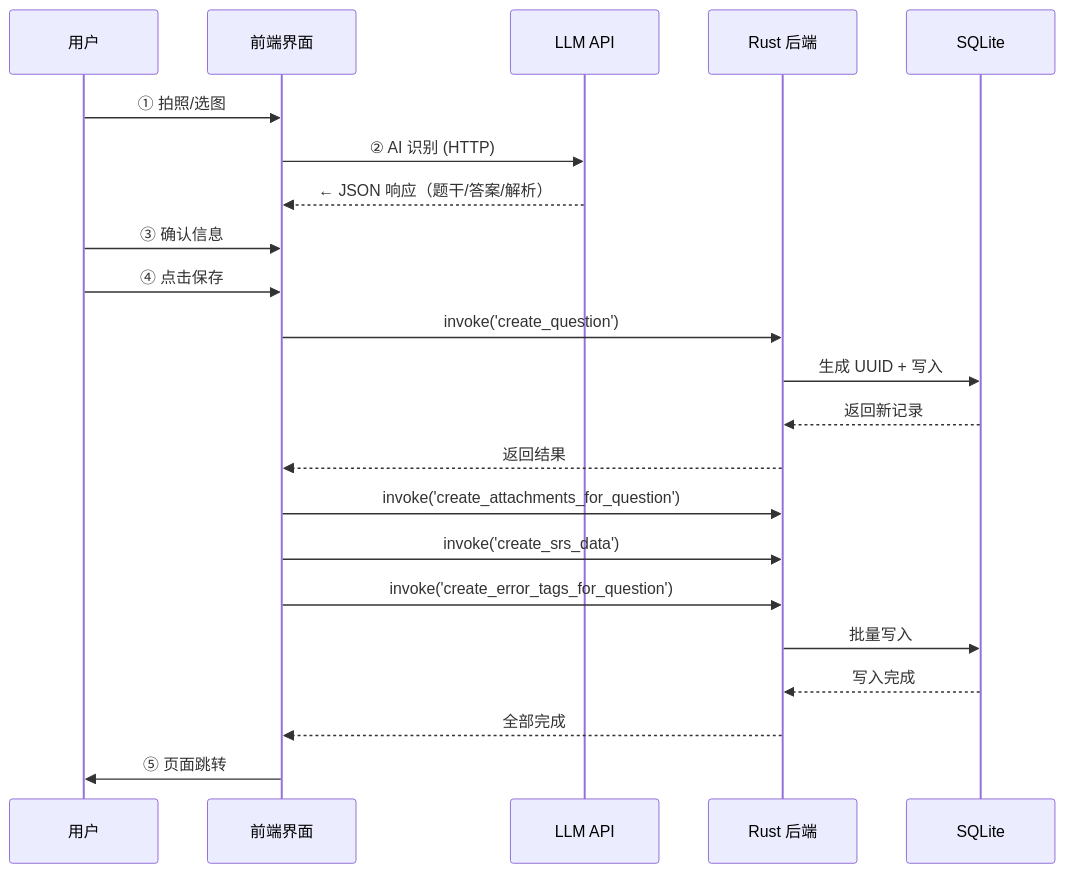
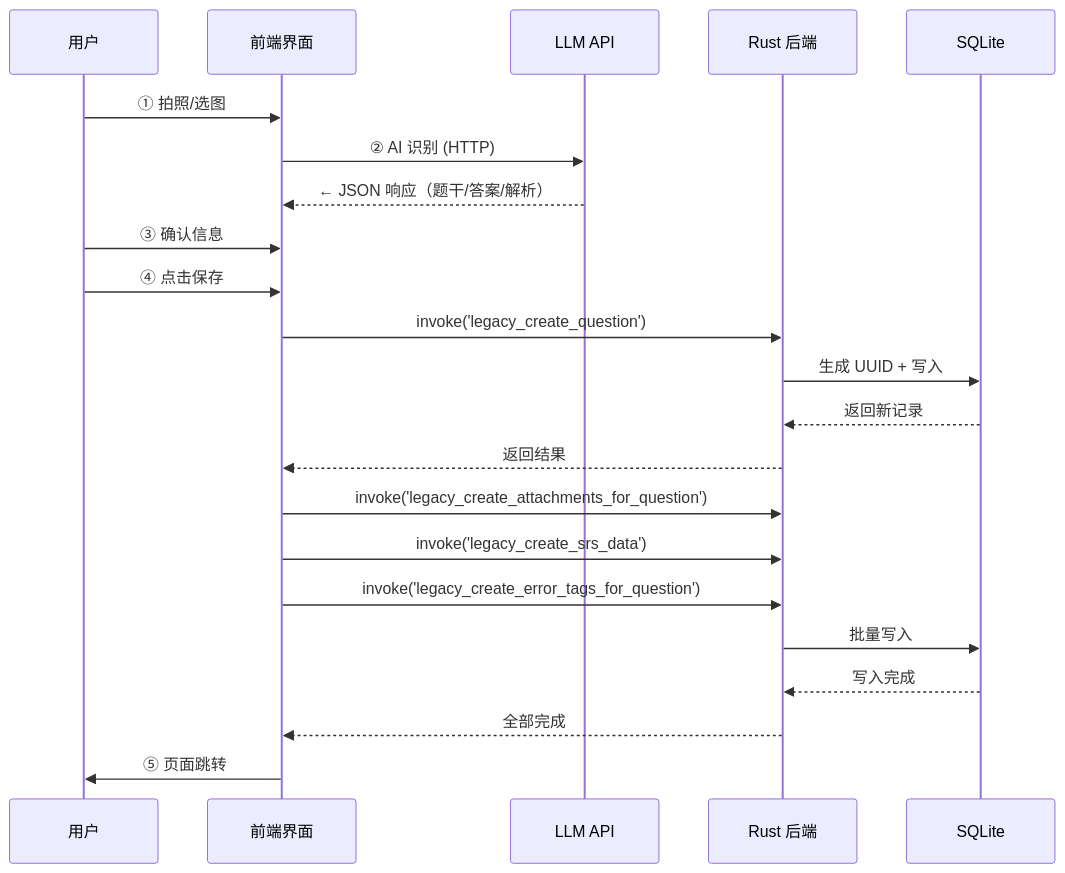
One commit to zpb911km/SmartErrorNotebook changed the second of 5 diagrams in docs/ARCHITECTURE.md. Above: the diagram before and after it, drawn with Mermaid. The commit also changed other lines of this file and 46 other files, not shown here.

````diff
--- a/docs/ARCHITECTURE.md
+++ b/docs/ARCHITECTURE.md
@@ -136,25 +136,25 @@
 ```mermaid
 sequenceDiagram
     participant User as 用户
     participant App as 前端界面
     participant LLM as LLM API
     participant Rust as Rust 后端
     participant DB as SQLite
 
     User->>App: ① 拍照/选图
     App->>LLM: ② AI 识别 (HTTP)
     LLM-->>App: ← JSON 响应（题干/答案/解析）
     User->>App: ③ 确认信息
     User->>App: ④ 点击保存
-    App->>Rust: invoke('create_question')
+    App->>Rust: invoke('legacy_create_question')
     Rust->>DB: 生成 UUID + 写入
     DB-->>Rust: 返回新记录
     Rust-->>App: 返回结果
-    App->>Rust: invoke('create_attachments_for_question')
-    App->>Rust: invoke('create_srs_data')
-    App->>Rust: invoke('create_error_tags_for_question')
+    App->>Rust: invoke('legacy_create_attachments_for_question')
+    App->>Rust: invoke('legacy_create_srs_data')
+    App->>Rust: invoke('legacy_create_error_tags_for_question')
     Rust->>DB: 批量写入
     DB-->>Rust: 写入完成
     Rust-->>App: 全部完成
     App->>User: ⑤ 页面跳转
 ```
````
